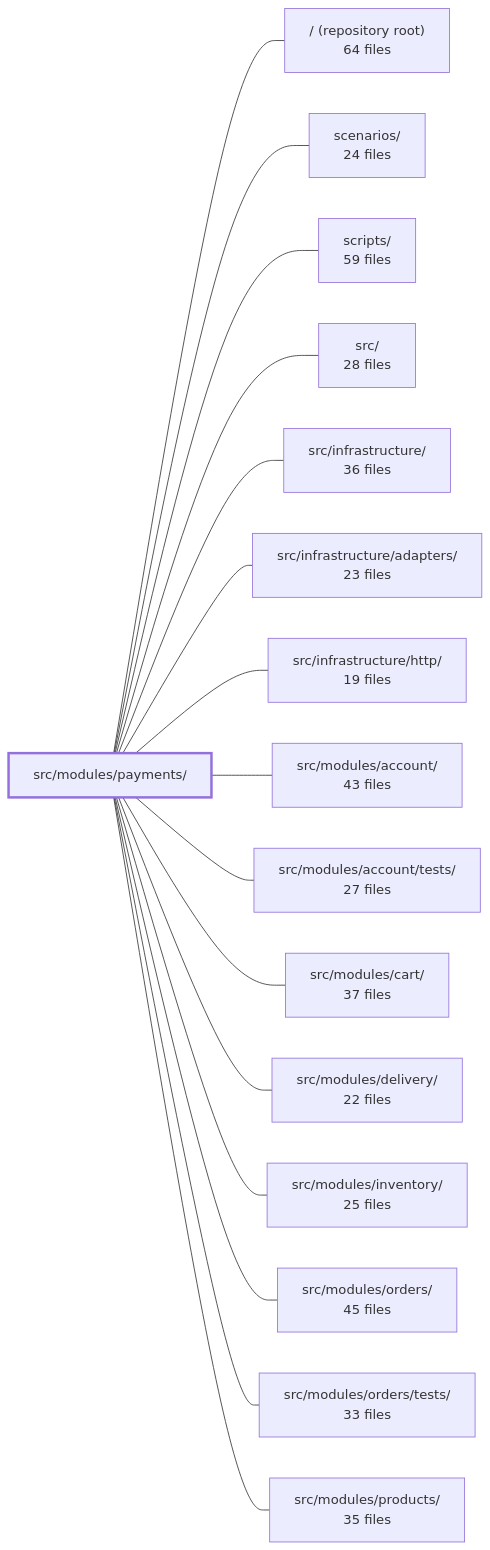
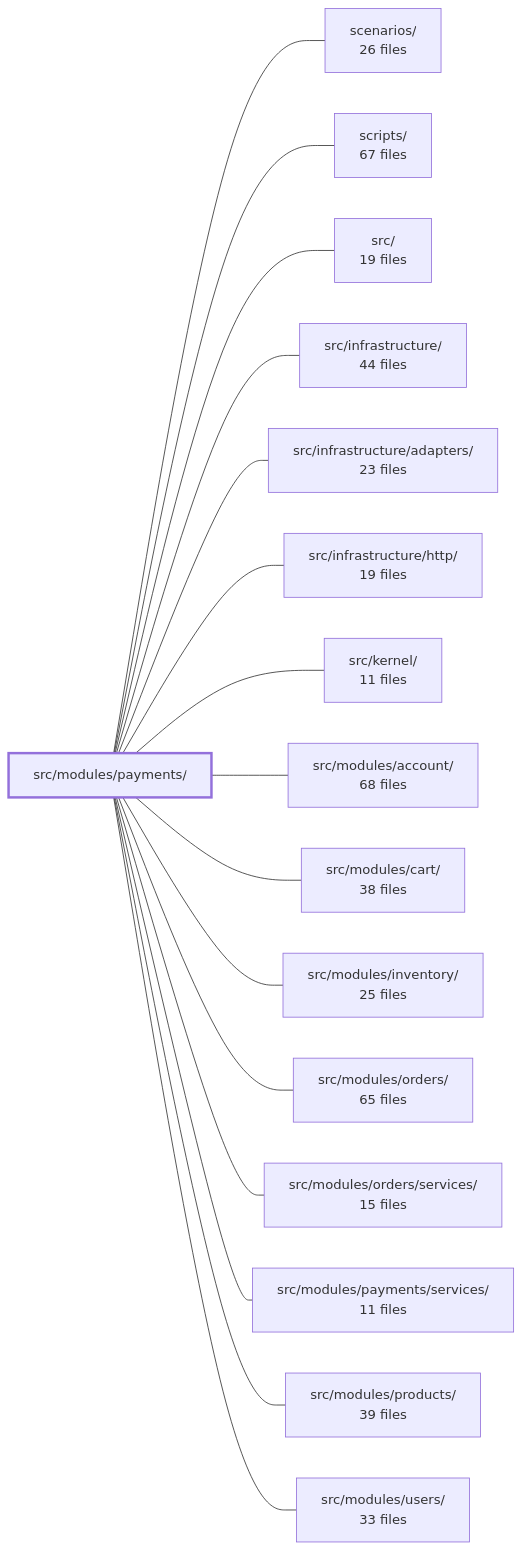
The diagram in .2brain/modules/boilerplate-node-backend_src_modules_payments.md (Guebbit/boilerplate-node-backend), drawn with Mermaid before and after one commit. The commit also changed other lines of this file and 137 other files, not shown here.

````diff
--- a/.2brain/modules/boilerplate-node-backend_src_modules_payments.md
+++ b/.2brain/modules/boilerplate-node-backend_src_modules_payments.md
@@ -43,35 +44,35 @@
 ```mermaid
 flowchart LR
     m_src_modules_payments["src/modules/payments/"]
-    m_root["/ (repository root)<br/>64 files"]
-    m_scenarios["scenarios/<br/>24 files"]
-    m_scripts["scripts/<br/>59 files"]
-    m_src["src/<br/>28 files"]
-    m_src_infrastructure["src/infrastructure/<br/>36 files"]
+    m_scenarios["scenarios/<br/>26 files"]
+    m_scripts["scripts/<br/>67 files"]
+    m_src["src/<br/>19 files"]
+    m_src_infrastructure["src/infrastructure/<br/>44 files"]
     m_src_infrastructure_adapters["src/infrastructure/adapters/<br/>23 files"]
     m_src_infrastructure_http["src/infrastructure/http/<br/>19 files"]
-    m_src_modules_account["src/modules/account/<br/>43 files"]
-    m_src_modules_account_tests["src/modules/account/tests/<br/>27 files"]
-    m_src_modules_cart["src/modules/cart/<br/>37 files"]
-    m_src_modules_delivery["src/modules/delivery/<br/>22 files"]
+    m_src_kernel["src/kernel/<br/>11 files"]
+    m_src_modules_account["src/modules/account/<br/>68 files"]
+    m_src_modules_cart["src/modules/cart/<br/>38 files"]
     m_src_modules_inventory["src/modules/inventory/<br/>25 files"]
-    m_src_modules_orders["src/modules/orders/<br/>45 files"]
-    m_src_modules_orders_tests["src/modules/orders/tests/<br/>33 files"]
-    m_src_modules_products["src/modules/products/<br/>35 files"]
-    m_src_modules_payments --- m_root
+    m_src_modules_orders["src/modules/orders/<br/>65 files"]
+    m_src_modules_orders_services["src/modules/orders/services/<br/>15 files"]
+    m_src_modules_payments_services["src/modules/payments/services/<br/>11 files"]
+    m_src_modules_products["src/modules/products/<br/>39 files"]
+    m_src_modules_users["src/modules/users/<br/>33 files"]
     m_src_modules_payments --- m_scenarios
     m_src_modules_payments --- m_scripts
     m_src_modules_payments --- m_src
     m_src_modules_payments --- m_src_infrastructure
     m_src_modules_payments --- m_src_infrastructure_adapters
     m_src_modules_payments --- m_src_infrastructure_http
+    m_src_modules_payments --- m_src_kernel
     m_src_modules_payments --- m_src_modules_account
-    m_src_modules_payments --- m_src_modules_account_tests
     m_src_modules_payments --- m_src_modules_cart
-    m_src_modules_payments --- m_src_modules_delivery
     m_src_modules_payments --- m_src_modules_inventory
     m_src_modules_payments --- m_src_modules_orders
-    m_src_modules_payments --- m_src_modules_orders_tests
+    m_src_modules_payments --- m_src_modules_orders_services
+    m_src_modules_payments --- m_src_modules_payments_services
     m_src_modules_payments --- m_src_modules_products
+    m_src_modules_payments --- m_src_modules_users
     style m_src_modules_payments stroke-width:3px
 ```
````
